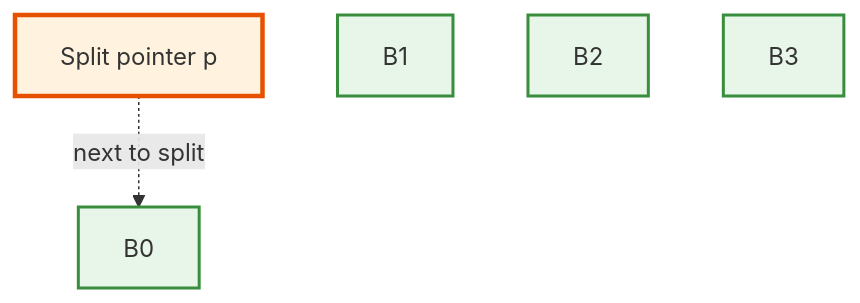
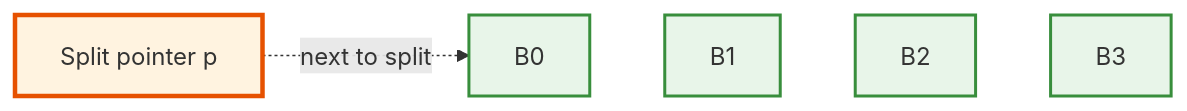
One commit to ufdatastudio/cop5725fa26 changed the ninth of 10 diagrams in lecture-outlines/day27-hash-indexes/slides.md. Above: the diagram before and after it, drawn with Mermaid. The commit also changed other lines of this file and 50 other files, not shown here.

````diff
--- a/lecture-outlines/day27-hash-indexes/slides.md
+++ b/lecture-outlines/day27-hash-indexes/slides.md
@@ -397,13 +369,9 @@
 ```mermaid
-graph TB
-  P["Split pointer p"]
-  B0["B0"]
-  B1["B1"]
-  B2["B2"]
-  B3["B3"]
-  P -.->|"next to split"| B0
+graph LR
+  P["Split pointer p"] -.->|"next to split"| B0["B0"]
+  B0 ~~~ B1["B1"] ~~~ B2["B2"] ~~~ B3["B3"]
   classDef ptr fill:#fff3e0,stroke:#e65100,stroke-width:3px
   classDef b fill:#e8f5e9,stroke:#388e3c,stroke-width:2px
   class P ptr
   class B0,B1,B2,B3 b
 ```
````
